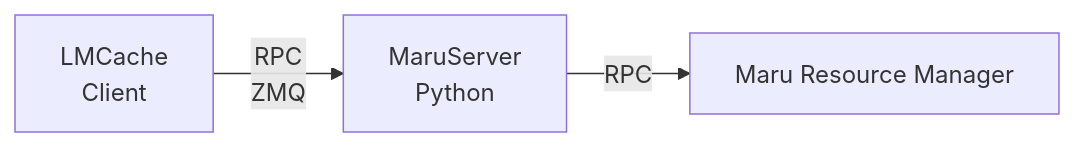
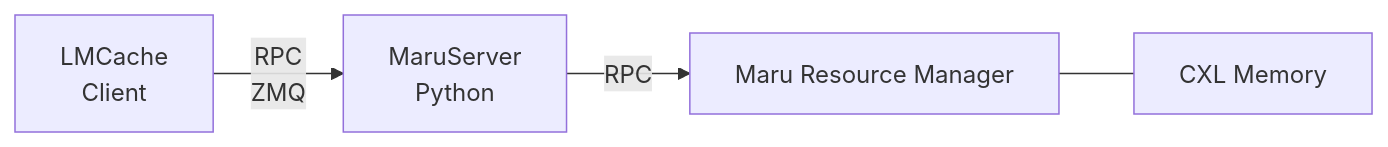
Before and after one commit to xcena-dev/maru: the first of 6 diagrams in docs/source/design_doc/maru_fs.md, drawn with Mermaid.

Commit message:
docs: add CXL Memory to Remote mode mermaid diagram

````diff
--- a/docs/source/design_doc/maru_fs.md
+++ b/docs/source/design_doc/maru_fs.md
@@ -11,5 +11,6 @@
 ```mermaid
 graph LR
     A[LMCache<br/>Client] -->|RPC<br/>ZMQ| B[MaruServer<br/>Python]
     B -->|RPC| C[Maru Resource Manager]
+    C --- D[CXL Memory]
 ```
````
